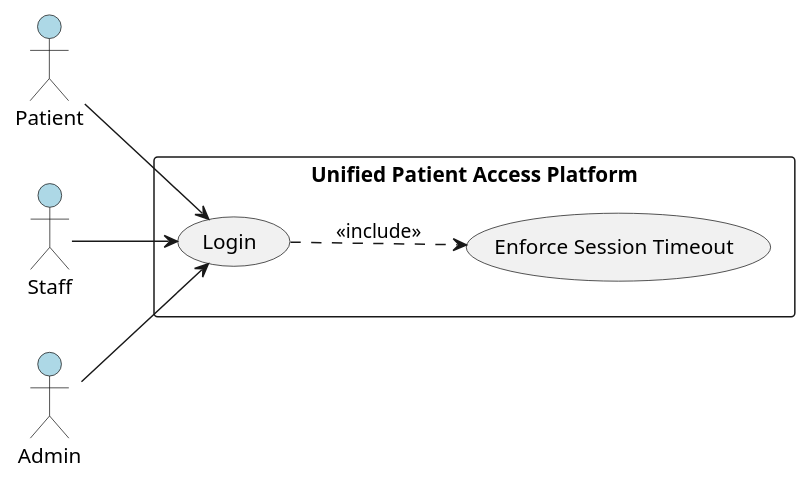
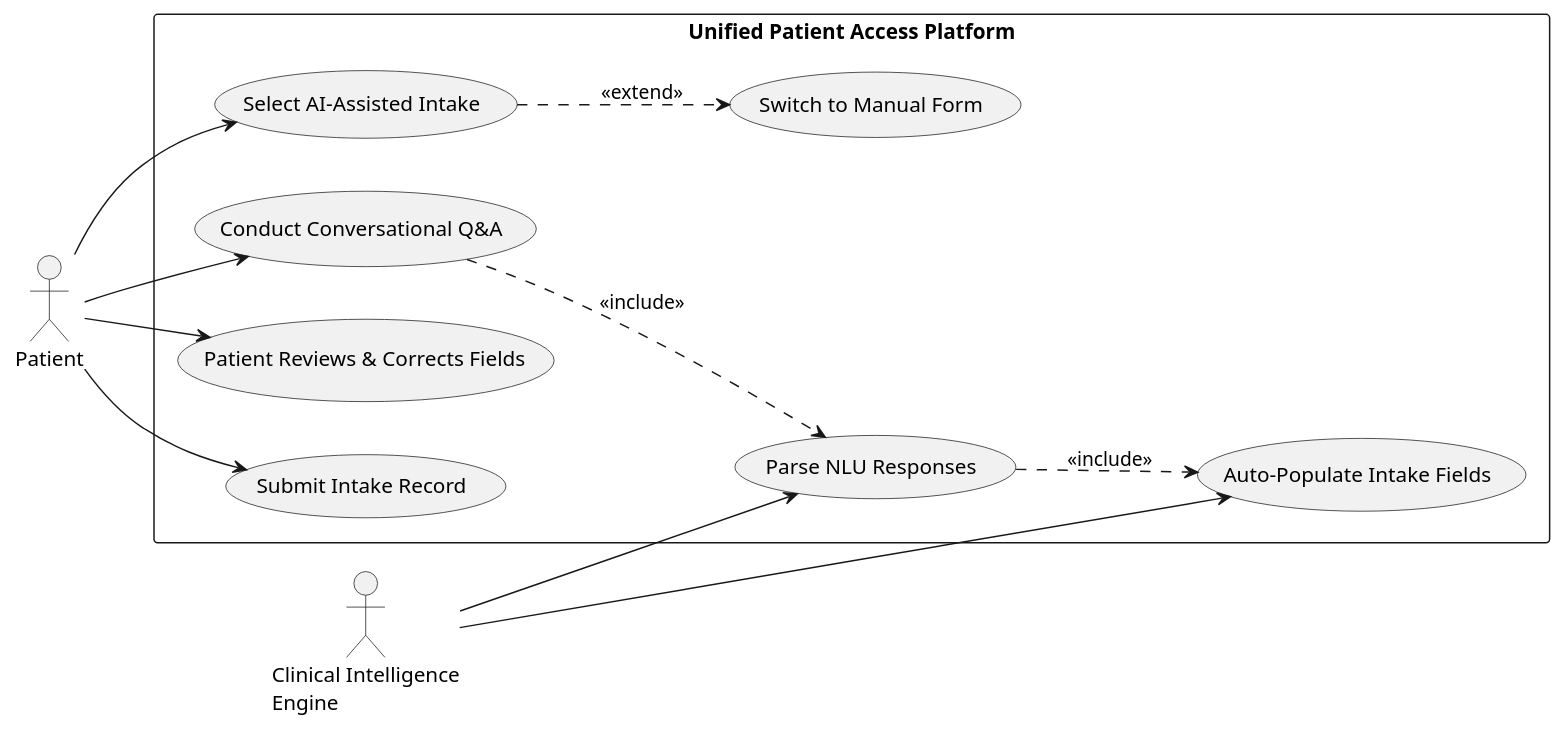
One commit to divya-bharathi-24/Propel-IQ-Patient-Platform changed the second of 12 diagrams in .propel/context/docs/spec.md. Above: the diagram before and after it, drawn with PlantUML. The commit also changed other lines of this file and 60 other files, not shown here.

````diff
--- a/.propel/context/docs/spec.md
+++ b/.propel/context/docs/spec.md
@@ -212,20 +316,29 @@
 ```plantuml
-@startuml
+@startuml UC-002-AI-Intake
 left to right direction
 skinparam packageStyle rectangle
 
-actor Patient #LightBlue
-actor Staff #LightBlue
-actor Admin #LightBlue
+actor Patient
+actor "Clinical Intelligence\nEngine" as AIEngine
 
 rectangle "Unified Patient Access Platform" {
-  usecase "Login" as UC2
-  usecase "Enforce Session Timeout" as UC2a
+  usecase "Select AI-Assisted Intake" as UC002_SELECT
+  usecase "Conduct Conversational Q&A" as UC002_CHAT
+  usecase "Parse NLU Responses" as UC002_NLU
+  usecase "Auto-Populate Intake Fields" as UC002_POPULATE
+  usecase "Patient Reviews & Corrects Fields" as UC002_REVIEW
+  usecase "Submit Intake Record" as UC002_SUBMIT
+  usecase "Switch to Manual Form" as UC002_SWITCH
 }
 
-Patient --> UC2
-Staff --> UC2
-Admin --> UC2
-UC2 ..> UC2a : <<include>>
+Patient --> UC002_SELECT
+Patient --> UC002_CHAT
+Patient --> UC002_REVIEW
+Patient --> UC002_SUBMIT
+AIEngine --> UC002_NLU
+AIEngine --> UC002_POPULATE
+UC002_CHAT ..> UC002_NLU : <<include>>
+UC002_NLU ..> UC002_POPULATE : <<include>>
+UC002_SELECT ..> UC002_SWITCH : <<extend>>
 @enduml
 ```
````
